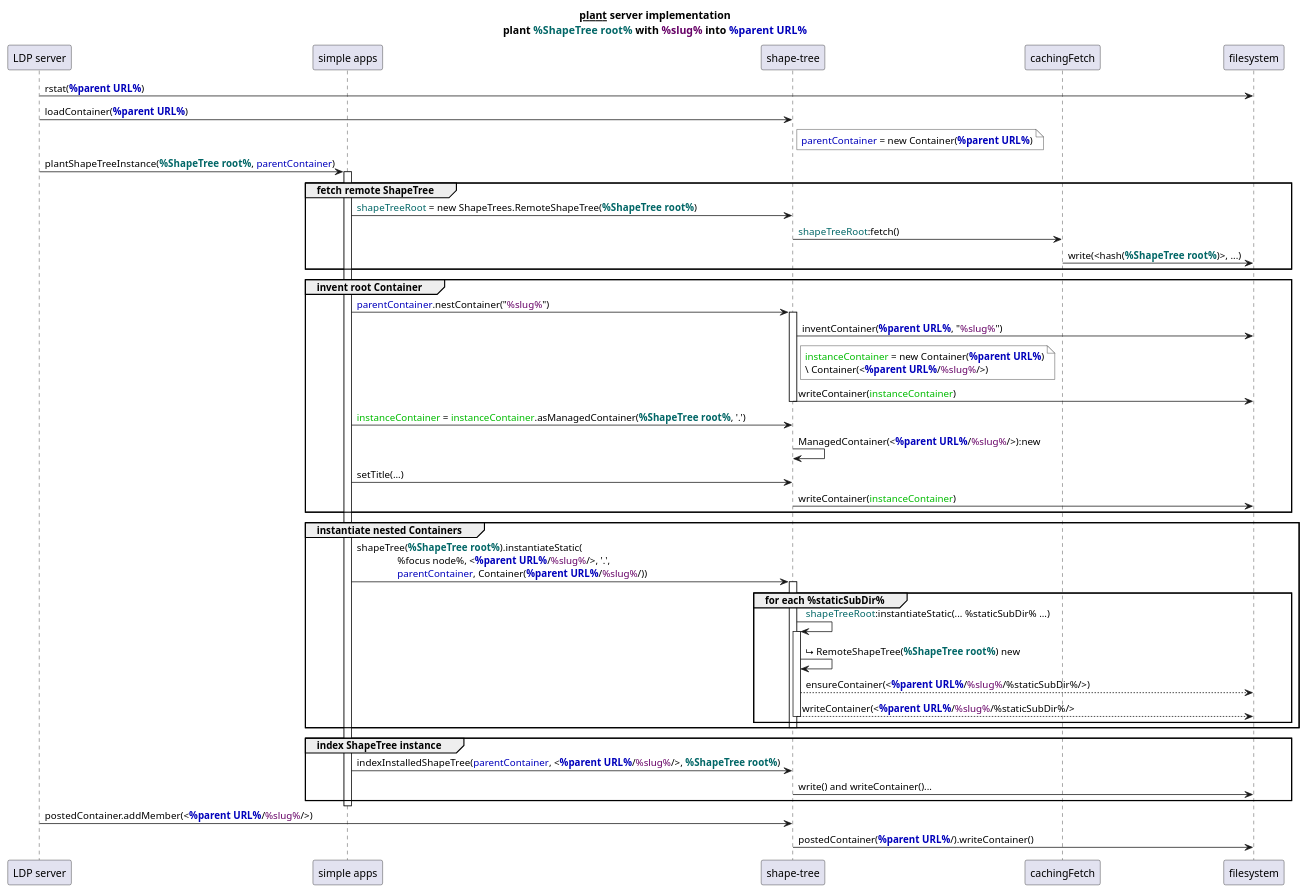
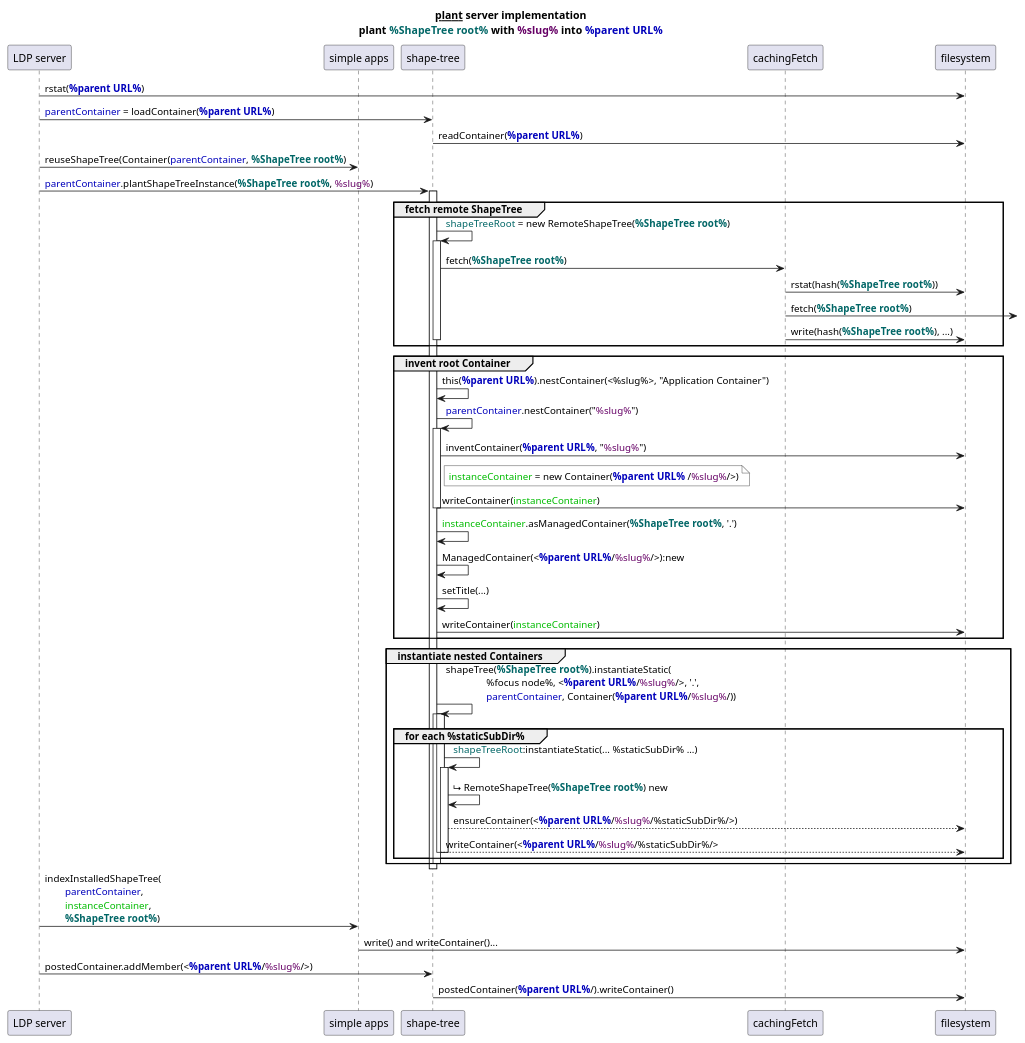
Before and after one commit to shapetrees/shapetree.js-old: the diagram in doc/server-plant.pu, drawn with PlantUML.

Commit message:
~ docs: move Ecosystem.plantShapeTreeInstance to Container

```diff
--- a/doc/server-plant.pu
+++ b/doc/server-plant.pu
@@ -1,60 +1,74 @@
 participant caller as "LDP server"
 participant ecosystem as "simple apps"
 participant ST as "shape-tree"
 participant cache as "cachingFetch"
 participant fs as "filesystem"
 title
         <u>plant</u> server implementation
         plant <color #066>**%ShapeTree root%**</color> with <color #606>%slug%</color> into <color #00b>**%parent URL%**</color>
 end title
 
 caller -> fs: rstat(<color #00b>**%parent URL%**</color>)
-caller -> ST: loadContainer(<color #00b>**%parent URL%**</color>)
-note right of ST #fff: <color #00b>parentContainer</color> = new Container(<color #00b>**%parent URL%**</color>)
+caller -> ST: <color #00b>parentContainer</color> = loadContainer(<color #00b>**%parent URL%**</color>)
+ST -> fs: readContainer(<color #00b>**%parent URL%**</color>)
 
-caller -> ecosystem: plantShapeTreeInstance(<color #066>**%ShapeTree root%**</color>, <color #00b>parentContainer</color>)
-activate ecosystem
+caller -> ecosystem: reuseShapeTree(Container(<color #00b>parentContainer</color>, <color #066>**%ShapeTree root%**</color>)
+caller -> ST: <color #00b>parentContainer</color>.plantShapeTreeInstance(<color #066>**%ShapeTree root%**</color>, <color #606>%slug%</color>)
+activate ST
 
         group fetch remote ShapeTree
-                ecosystem -> ST #eef: <color #066>shapeTreeRoot</color> = new ShapeTrees.RemoteShapeTree(<color #066>**%ShapeTree root%**</color>)
-                ST -> cache: <color #066>shapeTreeRoot</color>:fetch()
-                cache -> fs: write(<hash(<color #066>**%ShapeTree root%**</color>)>, ...)
+  		ST -> ST #eef: <color #066>shapeTreeRoot</color> = new RemoteShapeTree(<color #066>**%ShapeTree root%**</color>)
+                activate ST
+  		        ST -> cache: fetch(<color #066>**%ShapeTree root%**</color>)
+  			cache -> fs: rstat(hash(<color #066>**%ShapeTree root%**</color>))
+  			cache ->]: fetch(<color #066>**%ShapeTree root%**</color>)
+  			cache -> fs: write(hash(<color #066>**%ShapeTree root%**</color>), ...)
+                deactivate ST
         end
 
         group invent root Container
-                ecosystem -> ST: <color #00b>parentContainer</color>.nestContainer("<color #606>%slug%</color>")
+  		ST -> ST: this(<color #00b>**%parent URL%**</color>).nestContainer(<%slug%>, "Application Container")
+                ST -> ST: <color #00b>parentContainer</color>.nestContainer("<color #606>%slug%</color>")
                 activate ST
                         ST -> fs: inventContainer(<color #00b>**%parent URL%**</color>, "<color #606>%slug%</color>")
-                        note right of ST #fff: <color #0b0>instanceContainer</color> = new Container(<color #00b>**%parent URL%**</color>)\n\\ Container(<<color #00b>**%parent URL%**</color>/<color #606>%slug%</color>/>)
+                        note right of ST #fff: <color #0b0>instanceContainer</color> = new Container(<color #00b>**%parent URL%**</color> /<color #606>%slug%</color>/>)
                         ST -> fs:writeContainer(<color #0b0>instanceContainer</color>)
                 deactivate ST
-                ecosystem -> ST #eef: <color #0b0>instanceContainer</color> = <color #0b0>instanceContainer</color>.asManagedContainer(<color #066>**%ShapeTree root%**</color>, '.')
+                ST -> ST #eef: <color #0b0>instanceContainer</color>.asManagedContainer(<color #066>**%ShapeTree root%**</color>, '.')
                 ST -> ST:ManagedContainer(<<color #00b>**%parent URL%**</color>/<color #606>%slug%</color>/>):new
-                ecosystem -> ST: setTitle(...)
+                ST -> ST: setTitle(...)
                 ST -> fs: writeContainer(<color #0b0>instanceContainer</color>)
         end
 
         group instantiate nested Containers
-                ecosystem -> ST: shapeTree(<color #066>**%ShapeTree root%**</color>).instantiateStatic(\n\
+                ST -> ST: shapeTree(<color #066>**%ShapeTree root%**</color>).instantiateStatic(\n\
                 %focus node%, <<color #00b>**%parent URL%**</color>/<color #606>%slug%</color>/>, '.', \n\
                 <color #00b>parentContainer</color>, Container(<color #00b>**%parent URL%**</color>/<color #606>%slug%</color>/))
-                group for each %staticSubDir%
-                        activate ST
-                                ST -> ST: <color #066>shapeTreeRoot</color>:instantiateStatic(... %staticSubDir% ...)
+                activate ST
+                        group for each %staticSubDir%
                                 activate ST
-                                        ST -> ST: ⮡ RemoteShapeTree(<color #066>**%ShapeTree root%**</color>) new
-                                        ST --> fs: ensureContainer(<<color #00b>**%parent URL%**</color>/<color #606>%slug%</color>/%staticSubDir%/>)
-                                        ST --> fs: writeContainer(<<color #00b>**%parent URL%**</color>/<color #606>%slug%</color>/%staticSubDir%/>
+                                        ST -> ST: <color #066>shapeTreeRoot</color>:instantiateStatic(... %staticSubDir% ...)
+                                        activate ST
+                                                ST -> ST: ⮡ RemoteShapeTree(<color #066>**%ShapeTree root%**</color>) new
+                                                ST --> fs: ensureContainer(<<color #00b>**%parent URL%**</color>/<color #606>%slug%</color>/%staticSubDir%/>)
+                                                ST --> fs: writeContainer(<<color #00b>**%parent URL%**</color>/<color #606>%slug%</color>/%staticSubDir%/>
+                                        deactivate ST
                                 deactivate ST
                         end
                 deactivate ST
         end
 
-        group index ShapeTree instance
-                ecosystem -> ST: indexInstalledShapeTree(<color #00b>parentContainer</color>, <<color #00b>**%parent URL%**</color>/<color #606>%slug%</color>/>, <color #066>**%ShapeTree root%**</color>)
-                ST -> fs: write() and writeContainer()...
-        end
-deactivate ecosystem
+deactivate ST
+
+activate ST
+'        group index ShapeTree instance
+                caller -> ecosystem: indexInstalledShapeTree(\n\
+        <color #00b>parentContainer</color>, \n\
+        <color #0b0>instanceContainer</color>, \n\
+        <color #066>**%ShapeTree root%**</color>)
+                ecosystem -> fs: write() and writeContainer()...
+'        end
+deactivate ST
 
 caller -> ST: postedContainer.addMember(<<color #00b>**%parent URL%**</color>/<color #606>%slug%</color>/>)
 ST -> fs: postedContainer(<color #00b>**%parent URL%**</color>/).writeContainer()
```
